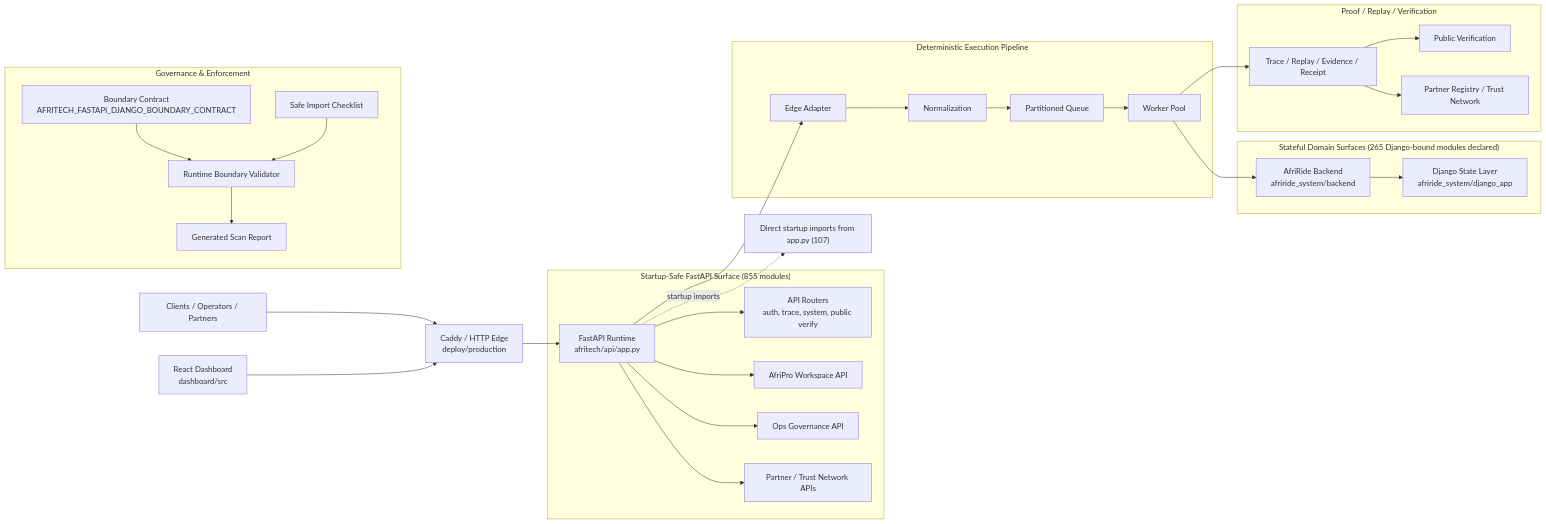
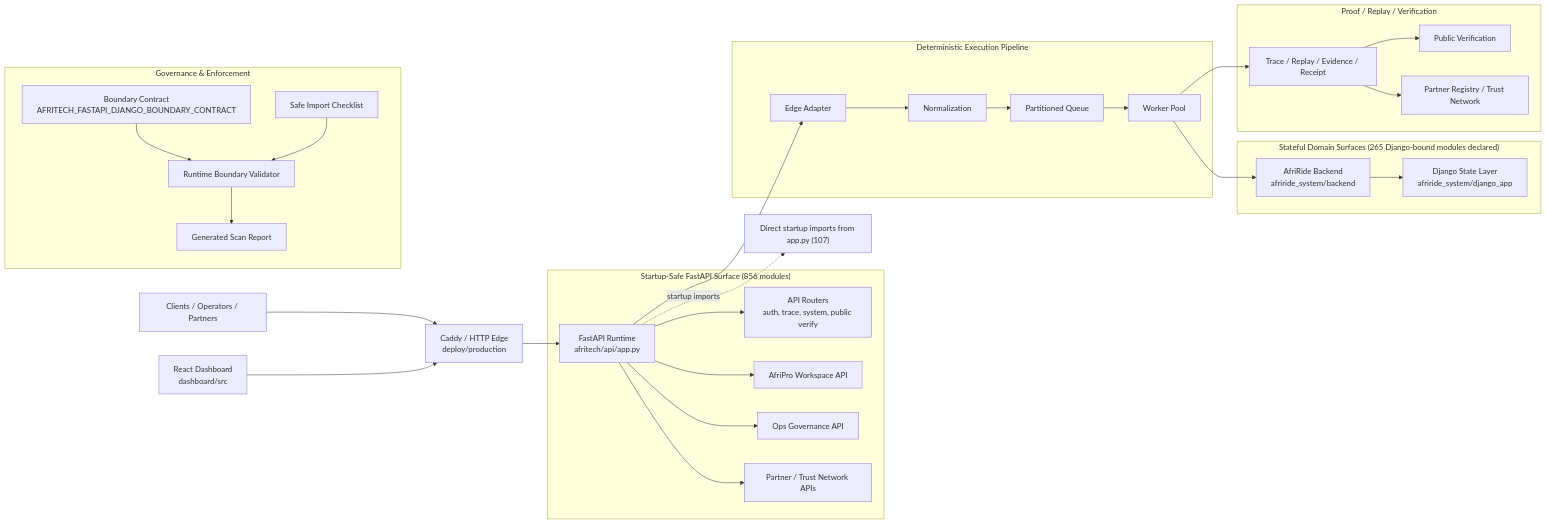
Before and after one commit to Strelly2023/afritelematics: the first of 2 diagrams in docs/architecture/AFRITECH_FULL_ARCHITECTURE_GRAPH.md, drawn with Mermaid. The commit also changed other lines of this file and 24 other files, not shown here.

````diff
--- a/docs/architecture/AFRITECH_FULL_ARCHITECTURE_GRAPH.md
+++ b/docs/architecture/AFRITECH_FULL_ARCHITECTURE_GRAPH.md
@@ -22,39 +22,39 @@
 ```mermaid
 flowchart LR
     Client["Clients / Operators / Partners"] --> Edge["Caddy / HTTP Edge\ndeploy/production"]
     Dashboard["React Dashboard\ndashboard/src"] --> Edge
     Edge --> App["FastAPI Runtime\nafritech/api/app.py"]
 
-    subgraph FastAPI["Startup-Safe FastAPI Surface (855 modules)"]
+    subgraph FastAPI["Startup-Safe FastAPI Surface (856 modules)"]
         App --> Api["API Routers\nauth, trace, system, public verify"]
         App --> Workspace["AfriPro Workspace API"]
         App --> Governance["Ops Governance API"]
         App --> Trust["Partner / Trust Network APIs"]
     end
 
     subgraph Pipeline["Deterministic Execution Pipeline"]
         App --> Adapt["Edge Adapter"]
         Adapt --> Normalize["Normalization"]
         Normalize --> Queue["Partitioned Queue"]
         Queue --> Worker["Worker Pool"]
     end
 
     subgraph State["Stateful Domain Surfaces (265 Django-bound modules declared)"]
         Worker --> Domain["AfriRide Backend\nafriride_system/backend"]
         Domain --> Django["Django State Layer\nafriride_system/django_app"]
     end
 
     subgraph Proof["Proof / Replay / Verification"]
         Worker --> Trace["Trace / Replay / Evidence / Receipt"]
         Trace --> Public["Public Verification"]
         Trace --> Registry["Partner Registry / Trust Network"]
     end
 
     subgraph GovernancePlane["Governance & Enforcement"]
         Contract["Boundary Contract\nAFRITECH_FASTAPI_DJANGO_BOUNDARY_CONTRACT"] --> Validator["Runtime Boundary Validator"]
         Checklist["Safe Import Checklist"] --> Validator
         Validator --> Review["Generated Scan Report"]
     end
 
     App -. startup imports .-> Imports["Direct startup imports from app.py (107)"]
 ```
````
